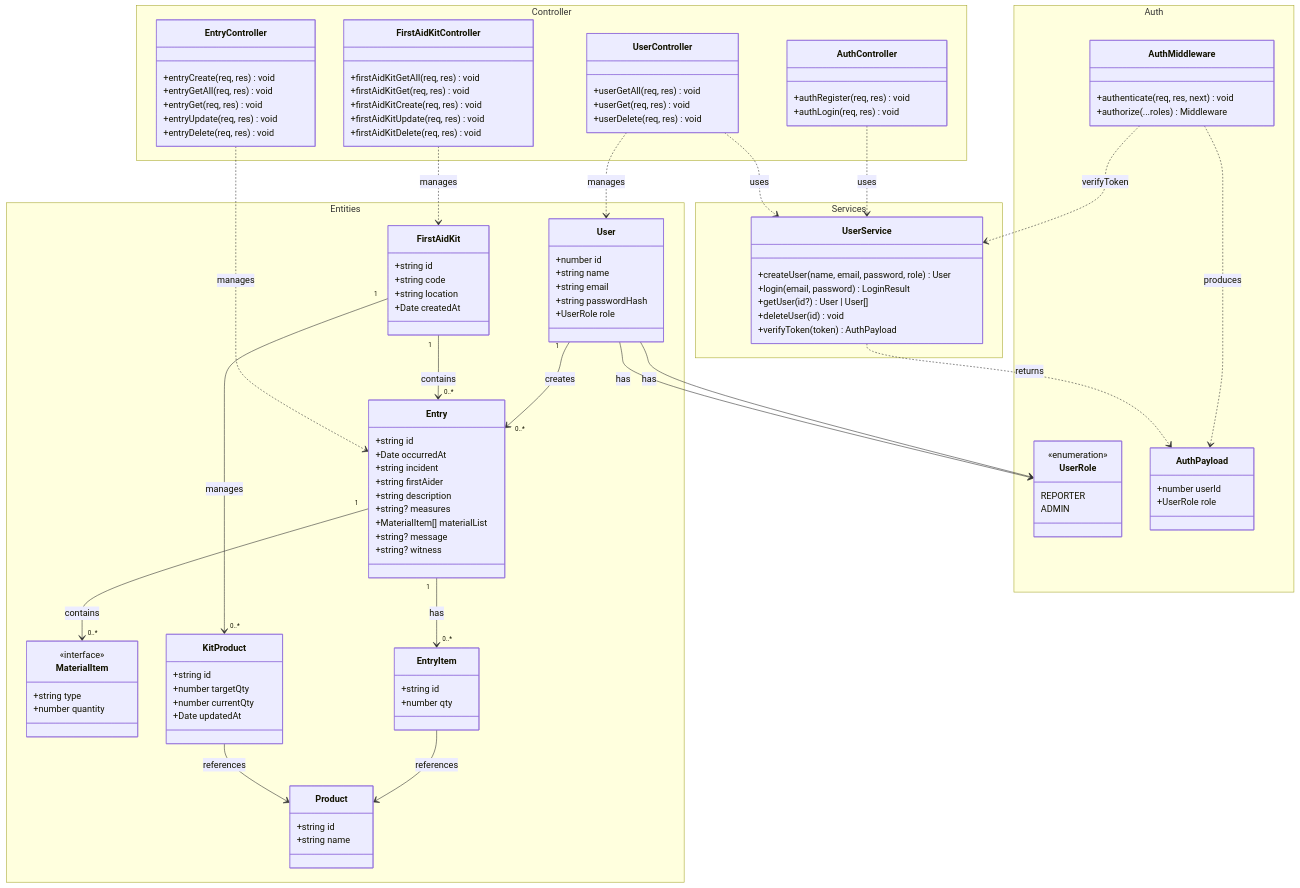
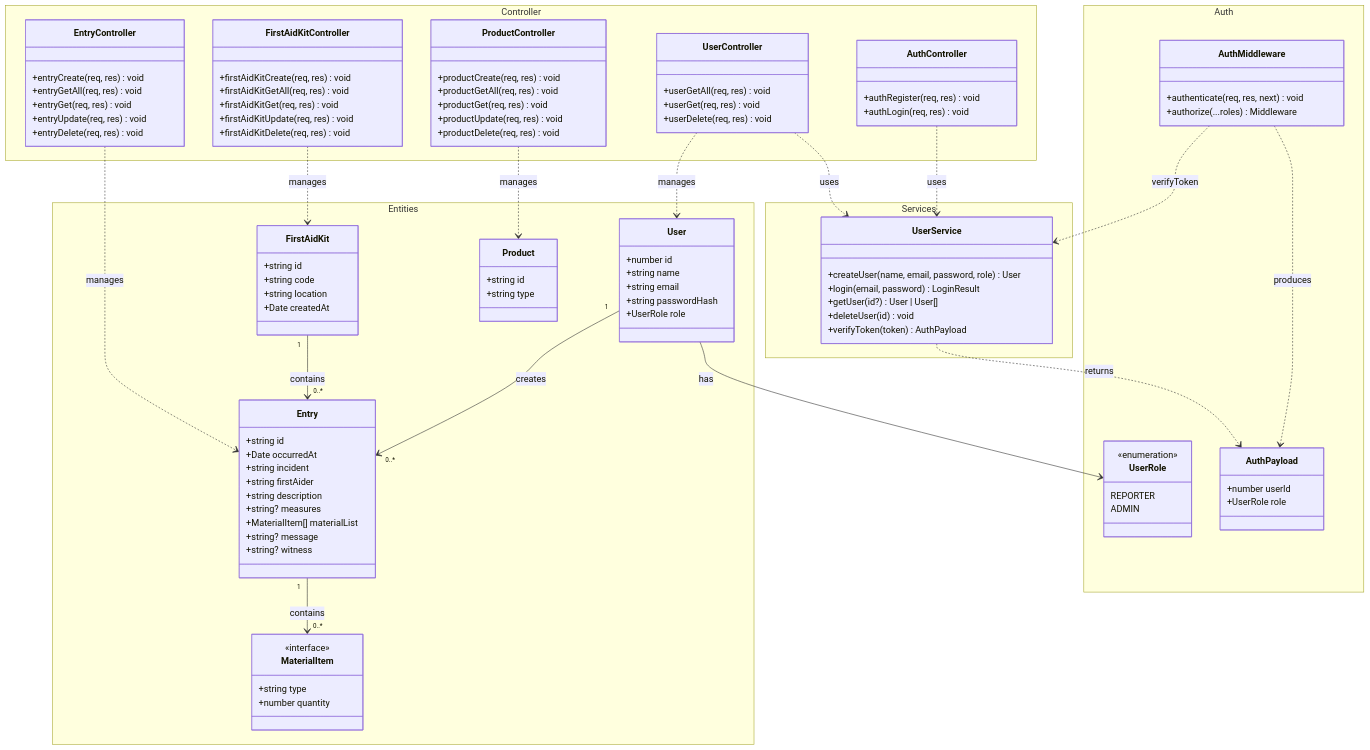
Before and after one commit to lenzer01/verband-backend: the diagram in classDiagram.mmd, drawn with Mermaid. The commit also changed 8 other files, not shown here.

Commit message:
feat: add product management API with CRUD operations and update class diagram

```diff
--- a/classDiagram.mmd
+++ b/classDiagram.mmd
@@ -1,133 +1,126 @@
 classDiagram
 
 namespace Entities {
     class User {
         +number id
         +string name
         +string email
         +string passwordHash
         +UserRole role
     }
 
     class FirstAidKit {
         +string id
         +string code
         +string location
         +Date createdAt
     }
 
     class Entry {
         +string id
         +Date occurredAt
         +string incident
         +string firstAider
         +string description
         +string? measures
         +MaterialItem[] materialList
         +string? message
         +string? witness
     }
 
     class MaterialItem {
         <<interface>>
         +string type
         +number quantity
     }
 
-    class EntryItem {
+    class Product {
         +string id
-        +number qty
+        +string type
     }
 
-    class Product {
-        +string id
-        +string name
-    }
-
-    class KitProduct {
-        +string id
-        +number targetQty
-        +number currentQty
-        +Date updatedAt
-    }
 }
 
 namespace Auth {
     class UserRole {
         <<enumeration>>
         REPORTER
         ADMIN
     }
 
     class AuthPayload {
         +number userId
         +UserRole role
     }
 
     class AuthMiddleware {
         +authenticate(req, res, next) void
         +authorize(...roles) Middleware
     }
 }
 
 namespace Services {
     class UserService {
         +createUser(name, email, password, role) User
         +login(email, password) LoginResult
         +getUser(id?) User | User[]
         +deleteUser(id) void
         +verifyToken(token) AuthPayload
     }
 }
 
 namespace Controller {
     class AuthController {
         +authRegister(req, res) void
         +authLogin(req, res) void
     }
 
     class UserController {
         +userGetAll(req, res) void
         +userGet(req, res) void
         +userDelete(req, res) void
     }
 
     class EntryController {
         +entryCreate(req, res) void
         +entryGetAll(req, res) void
         +entryGet(req, res) void
         +entryUpdate(req, res) void
         +entryDelete(req, res) void
     }
 
     class FirstAidKitController {
+        +firstAidKitCreate(req, res) void
         +firstAidKitGetAll(req, res) void
         +firstAidKitGet(req, res) void
-        +firstAidKitCreate(req, res) void
         +firstAidKitUpdate(req, res) void
         +firstAidKitDelete(req, res) void
+    }
+
+    class ProductController {
+        +productCreate(req, res) void
+        +productGetAll(req, res) void
+        +productGet(req, res) void
+        +productUpdate(req, res) void
+        +productDelete(req, res) void
     }
 }
 
 %% ─── Entity Relationships ───────────────────────────────────
 User "1" --> "0..*" Entry : creates
-User --> UserRole : has
 FirstAidKit "1" --> "0..*" Entry : contains
-Entry "1" --> "0..*" EntryItem : has
 Entry "1" --> "0..*" MaterialItem : contains
-EntryItem --> Product : references
-FirstAidKit "1" --> "0..*" KitProduct : manages
-KitProduct --> Product : references
 
 %% ─── Layer Dependencies ──────────────────────────────────────
 AuthController ..> UserService : uses
 UserController ..> UserService : uses
 UserController ..> User : manages
 EntryController ..> Entry : manages
 FirstAidKitController ..> FirstAidKit : manages
+ProductController ..> Product : manages
 
 AuthMiddleware ..> UserService : verifyToken
 AuthMiddleware ..> AuthPayload : produces
 
 UserService ..> AuthPayload : returns
 User --> UserRole : has
```
